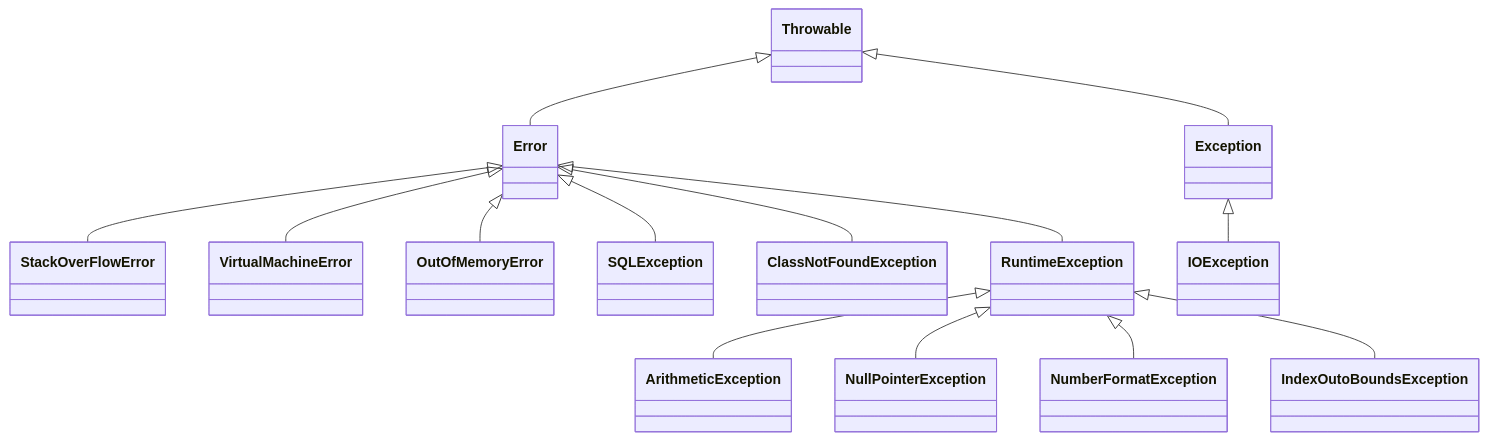
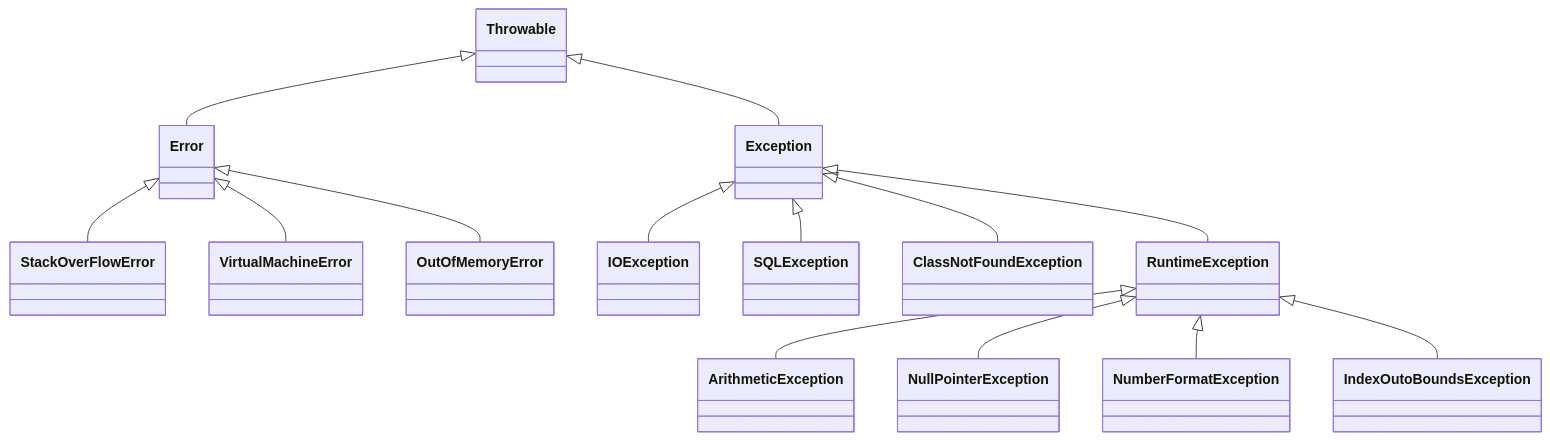
One commit to ammarelriyali/java-internship changed the diagram in Week 5 Exception/notes/Exception.md. Above: the diagram before and after it, drawn with Mermaid.

Commit message:
edit Exception.md
fix wrong

````diff
--- a/Week 5 Exception/notes/Exception.md
+++ b/Week 5 Exception/notes/Exception.md
@@ -2,16 +2,16 @@
 ```mermaid
 classDiagram
       Throwable <|-- Error
       Throwable <|-- Exception
       Error <|-- StackOverFlowError
       Error <|-- VirtualMachineError
       Error <|-- OutOfMemoryError
       Exception <|-- IOException
-        Error <|-- SQLException
-         Error <|-- ClassNotFound Exception
-          Error <|-- RuntimeException
+        Exception <|-- SQLException
+         Exception <|-- ClassNotFound Exception
+          Exception <|-- RuntimeException
         RuntimeException <|-- ArithmeticException
           RuntimeException <|-- NullPointerException
           RuntimeException <|-- NumberFormatException
           RuntimeException <|-- IndexOutoBoundsException
 ```
````
